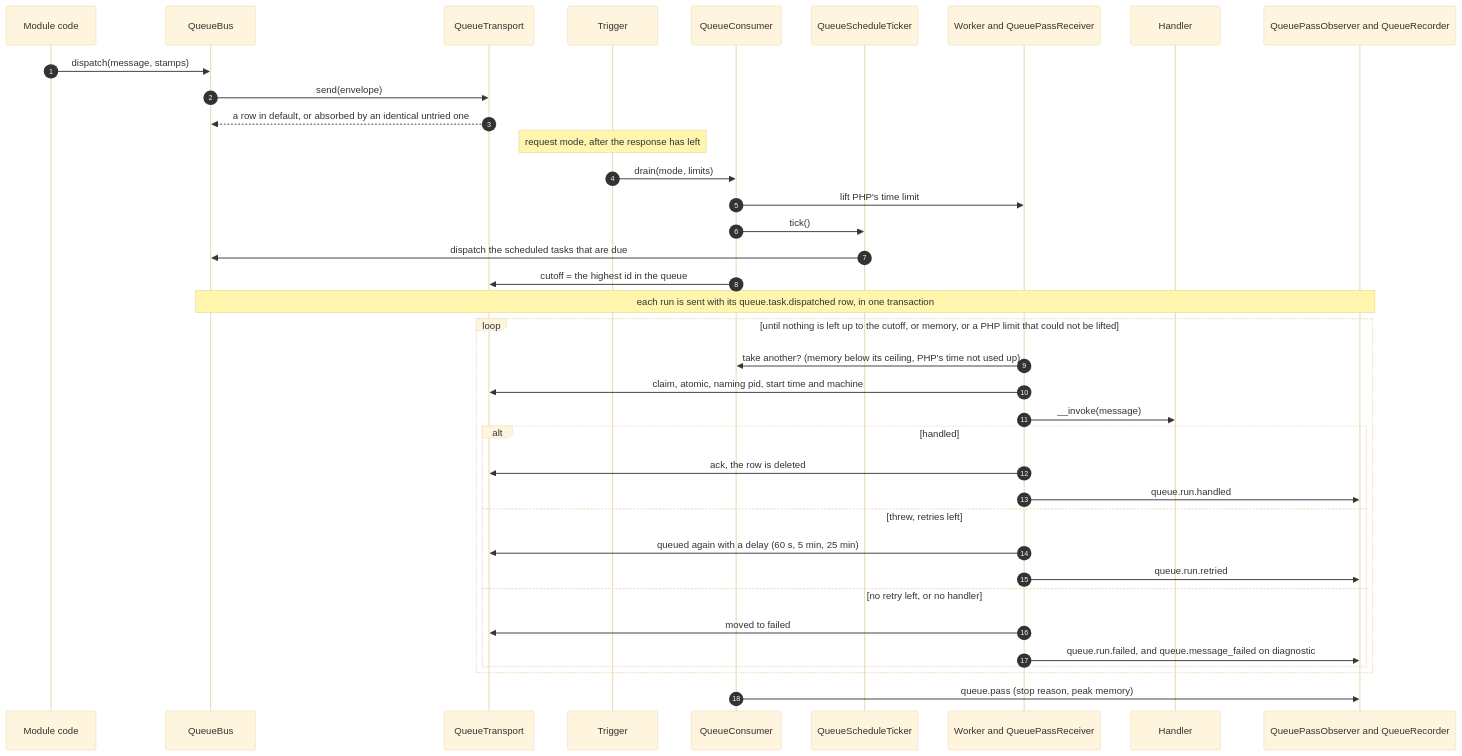
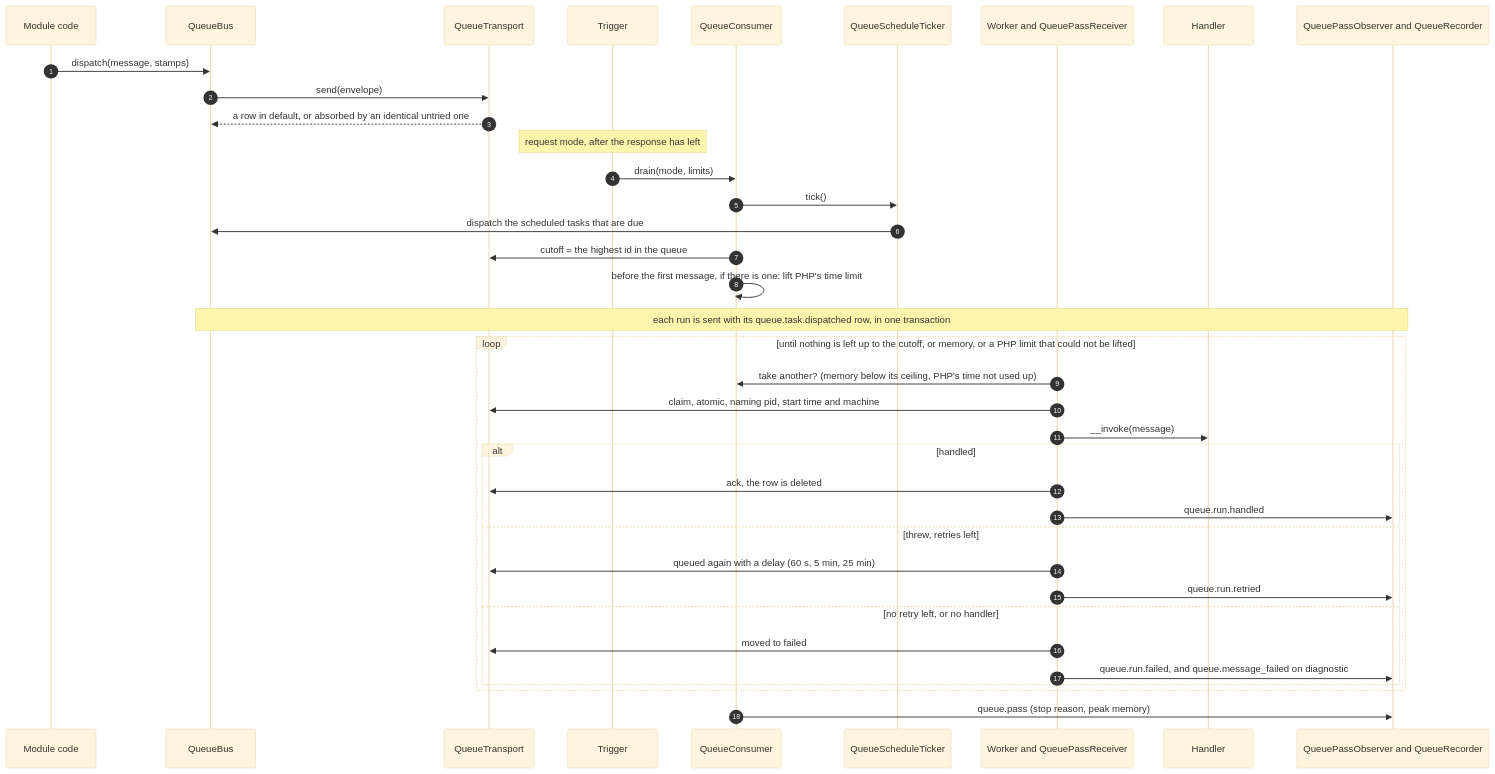
One commit to YesWiki/yeswiki changed the second of 4 diagrams in docs/adr/0030-background-work-goes-through-one-queue.md. Above: the diagram before and after it, drawn with Mermaid (base theme). The commit also changed other lines of this file and 8 other files, not shown here.

````diff
--- a/docs/adr/0030-background-work-goes-through-one-queue.md
+++ b/docs/adr/0030-background-work-goes-through-one-queue.md
@@ -97,39 +97,39 @@
 ```mermaid
 sequenceDiagram
   autonumber
   participant M as Module code
   participant B as QueueBus
   participant T as QueueTransport
   participant R as Trigger
   participant C as QueueConsumer
   participant S as QueueScheduleTicker
   participant W as Worker and QueuePassReceiver
   participant H as Handler
   participant O as QueuePassObserver and QueueRecorder
   M->>B: dispatch(message, stamps)
   B->>T: send(envelope)
   T-->>B: a row in default, or absorbed by an identical untried one
   Note over R: request mode, after the response has left
   R->>C: drain(mode, limits)
-  C->>W: lift PHP's time limit
   C->>S: tick()
   S->>B: dispatch the scheduled tasks that are due
   C->>T: cutoff = the highest id in the queue
+  C->>C: before the first message, if there is one: lift PHP's time limit
   Note over B,O: each run is sent with its queue.task.dispatched row, in one transaction
   loop until nothing is left up to the cutoff, or memory, or a PHP limit that could not be lifted
     W->>C: take another? (memory below its ceiling, PHP's time not used up)
     W->>T: claim, atomic, naming pid, start time and machine
     W->>H: __invoke(message)
     alt handled
       W->>T: ack, the row is deleted
       W->>O: queue.run.handled
     else threw, retries left
       W->>T: queued again with a delay (60 s, 5 min, 25 min)
       W->>O: queue.run.retried
     else no retry left, or no handler
       W->>T: moved to failed
       W->>O: queue.run.failed, and queue.message_failed on diagnostic
     end
   end
   C->>O: queue.pass (stop reason, peak memory)
 ```
````
